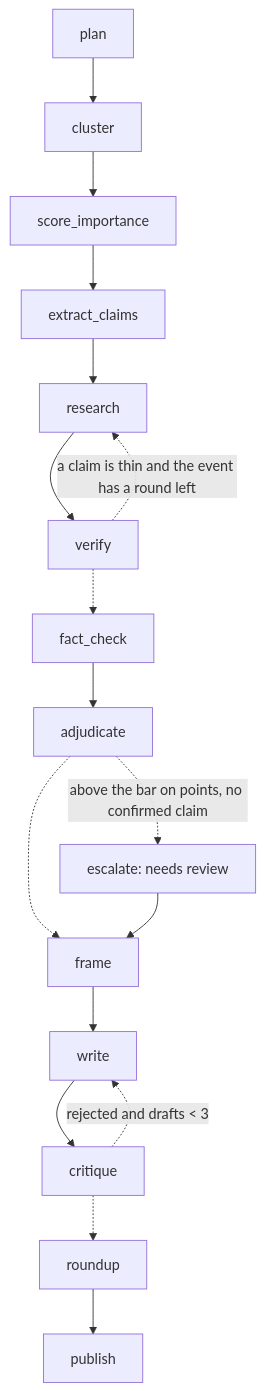
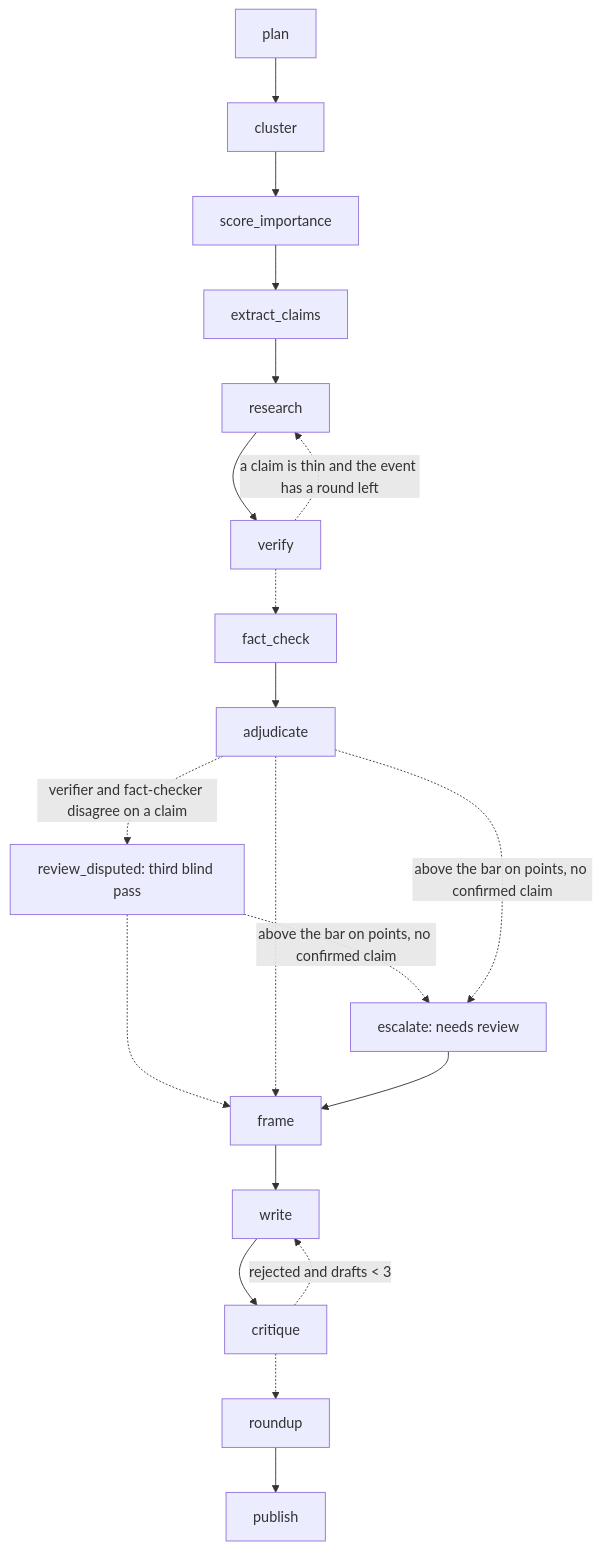
One commit to rcc00n/Quorum changed the second of 2 diagrams in docs/ARCHITECTURE.md. Above: the diagram before and after it, drawn with Mermaid. The commit also changed other lines of this file and 16 other files, not shown here.

First line of the commit message:
Third blind reviewer for disagreed claims: review_disputed node, code gate, three verdicts in the snapshot

````diff
--- a/docs/ARCHITECTURE.md
+++ b/docs/ARCHITECTURE.md
@@ -72,19 +72,22 @@
 ```mermaid
 flowchart TD
   P[plan] --> C[cluster]
   C --> S[score_importance]
   S --> X[extract_claims]
   X --> R[research]
   R --> V[verify]
   V -.->|a claim is thin and the event has a round left| R
   V -.-> F[fact_check]
   F --> J[adjudicate]
-  J -.-> FR[frame]
-  J -.->|above the bar on points, no confirmed claim| E[escalate: needs review]
+  J -.->|verifier and fact-checker disagree on a claim| RD[review_disputed: third blind pass]
+  RD -.-> FR[frame]
+  RD -.->|above the bar on points, no confirmed claim| E[escalate: needs review]
+  J -.-> FR
+  J -.->|above the bar on points, no confirmed claim| E
   E --> FR
   FR --> W[write]
   W --> K[critique]
   K -.->|rejected and drafts < 3| W
   K -.-> RU[roundup]
   RU --> PUB[publish]
 ```
````
